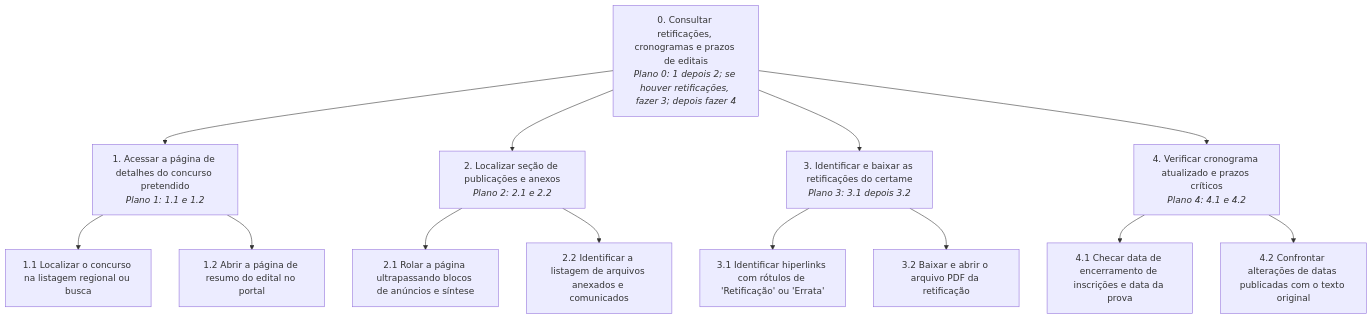
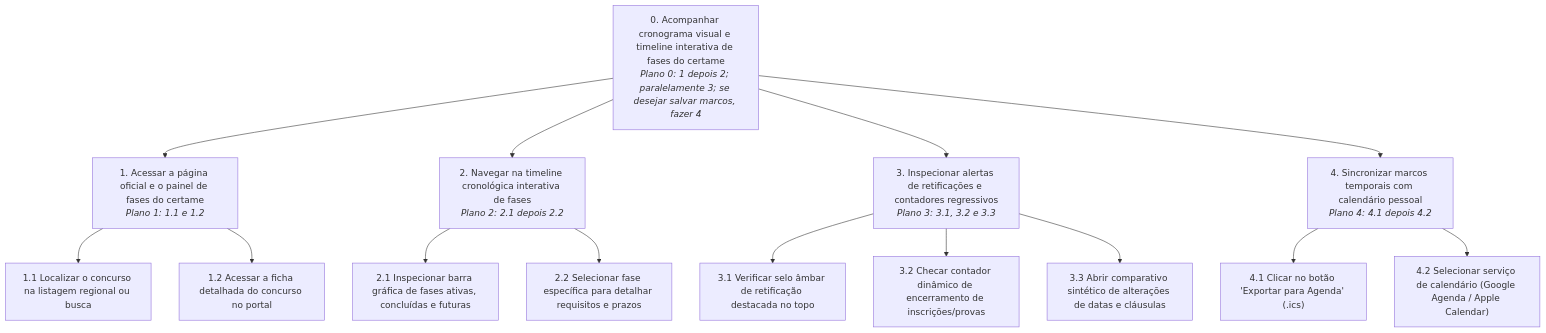
Before and after one commit to Interacao-Humano-Computador/2026.2-Grupo07: the fourth of 8 diagrams in docs/analise-de-requisitos/analise-de-tarefas/hta.md, drawn with Mermaid. The commit also changed other lines of this file and 3 other files, not shown here.

Commit message:
fix(escopo-funcionalidades): enriquece escopo com simulados interativos, alertas inteligentes e cronograma visual (Closes #14)

````diff
--- a/docs/analise-de-requisitos/analise-de-tarefas/hta.md
+++ b/docs/analise-de-requisitos/analise-de-tarefas/hta.md
@@ -324,37 +337,39 @@
 ```mermaid
 flowchart TD
-    T0["0. Consultar retificações, cronogramas e prazos de editais<br><i>Plano 0: 1 depois 2; se houver retificações, fazer 3; depois fazer 4</i>"]
+    T0["0. Acompanhar cronograma visual e timeline interativa de fases do certame<br><i>Plano 0: 1 depois 2; paralelamente 3; se desejar salvar marcos, fazer 4</i>"]
     
-    T1["1. Acessar a página de detalhes do concurso pretendido<br><i>Plano 1: 1.1 e 1.2</i>"]
+    T1["1. Acessar a página oficial e o painel de fases do certame<br><i>Plano 1: 1.1 e 1.2</i>"]
     T11["1.1 Localizar o concurso na listagem regional ou busca"]
-    T12["1.2 Abrir a página de resumo do edital no portal"]
+    T12["1.2 Acessar a ficha detalhada do concurso no portal"]
     
-    T2["2. Localizar seção de publicações e anexos<br><i>Plano 2: 2.1 e 2.2</i>"]
-    T21["2.1 Rolar a página ultrapassando blocos de anúncios e síntese"]
-    T22["2.2 Identificar a listagem de arquivos anexados e comunicados"]
+    T2["2. Navegar na timeline cronológica interativa de fases<br><i>Plano 2: 2.1 depois 2.2</i>"]
+    T21["2.1 Inspecionar barra gráfica de fases ativas, concluídas e futuras"]
+    T22["2.2 Selecionar fase específica para detalhar requisitos e prazos"]
     
-    T3["3. Identificar e baixar as retificações do certame<br><i>Plano 3: 3.1 depois 3.2</i>"]
-    T31["3.1 Identificar hiperlinks com rótulos de 'Retificação' ou 'Errata'"]
-    T32["3.2 Baixar e abrir o arquivo PDF da retificação"]
+    T3["3. Inspecionar alertas de retificações e contadores regressivos<br><i>Plano 3: 3.1, 3.2 e 3.3</i>"]
+    T31["3.1 Verificar selo âmbar de retificação destacada no topo"]
+    T32["3.2 Checar contador dinâmico de encerramento de inscrições/provas"]
+    T33["3.3 Abrir comparativo sintético de alterações de datas e cláusulas"]
     
-    T4["4. Verificar cronograma atualizado e prazos críticos<br><i>Plano 4: 4.1 e 4.2</i>"]
-    T41["4.1 Checar data de encerramento de inscrições e data da prova"]
-    T42["4.2 Confrontar alterações de datas publicadas com o texto original"]
+    T4["4. Sincronizar marcos temporais com calendário pessoal<br><i>Plano 4: 4.1 depois 4.2</i>"]
+    T41["4.1 Clicar no botão 'Exportar para Agenda' (.ics)"]
+    T42["4.2 Selecionar serviço de calendário (Google Agenda / Apple Calendar)"]
 
     T0 --> T1
     T0 --> T2
     T0 --> T3
     T0 --> T4
     
     T1 --> T11
     T1 --> T12
     
     T2 --> T21
     T2 --> T22
     
     T3 --> T31
     T3 --> T32
+    T3 --> T33
     
     T4 --> T41
     T4 --> T42
 ```
````
